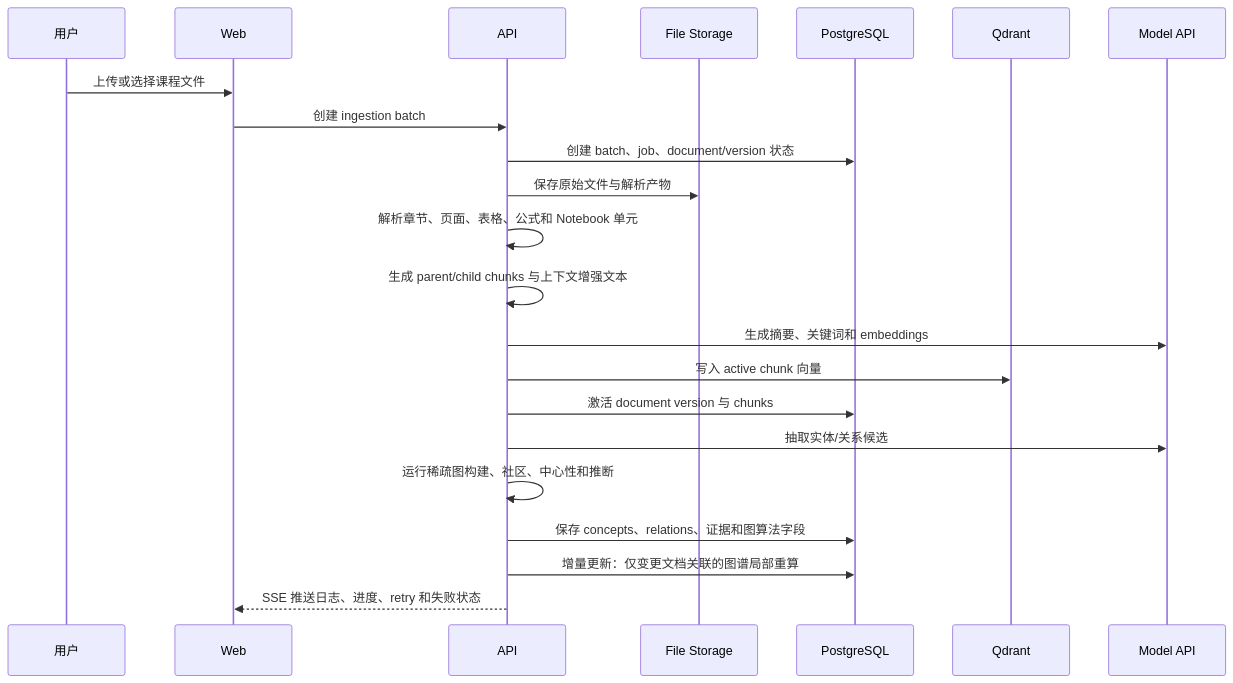
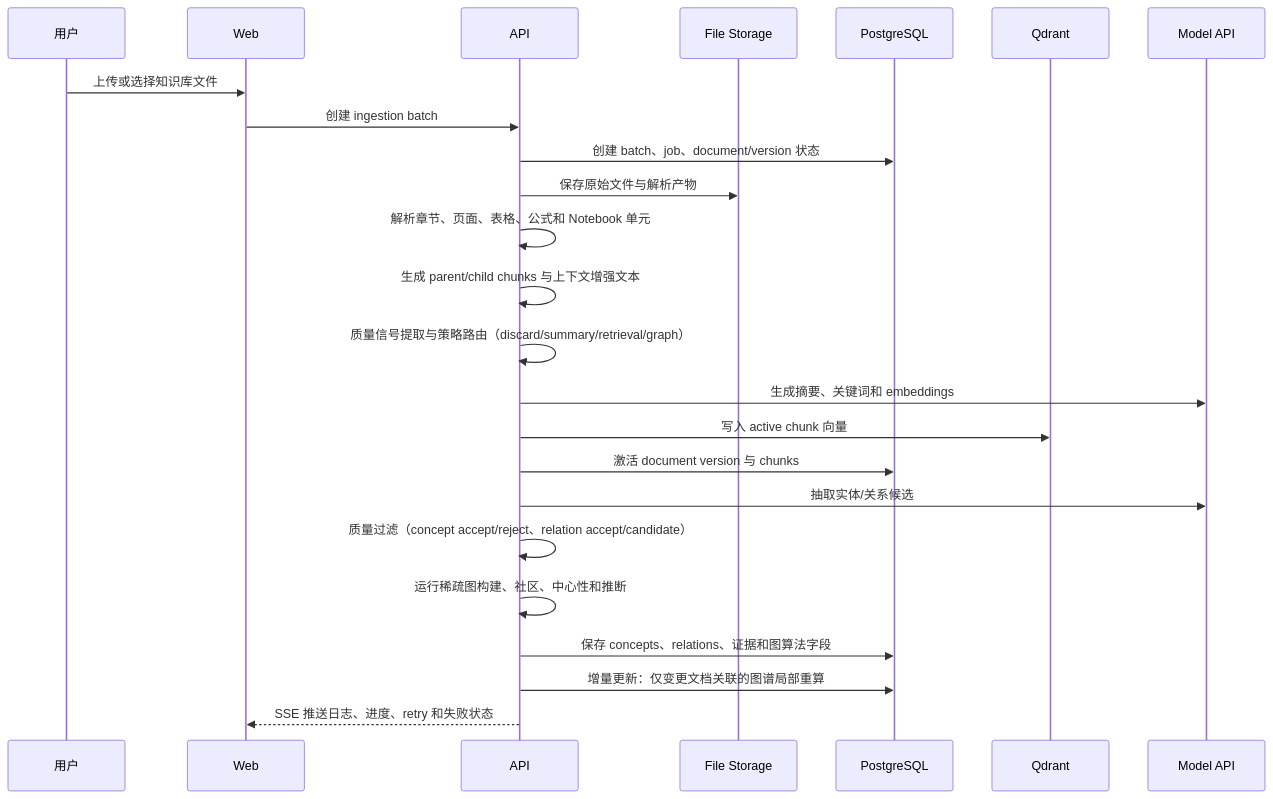
One commit to Sggggt/DialoGraph changed the second of 6 diagrams in README.md. Above: the diagram before and after it, drawn with Mermaid. The commit also changed other lines of this file and 61 other files, not shown here.

Commit message:
v5.0: 重构文件解析和图谱构建的质量系统，问答的Agent系统加强了evidence-first核心思想

````diff
--- a/README.md
+++ b/README.md
@@ -94,25 +100,27 @@
 ```mermaid
 sequenceDiagram
     participant 用户
     participant Web
     participant API
     participant 文件 as File Storage
     participant DB as PostgreSQL
     participant Vector as Qdrant
     participant Model as Model API
 
-    用户->>Web: 上传或选择课程文件
+    用户->>Web: 上传或选择知识库文件
     Web->>API: 创建 ingestion batch
     API->>DB: 创建 batch、job、document/version 状态
     API->>文件: 保存原始文件与解析产物
     API->>API: 解析章节、页面、表格、公式和 Notebook 单元
     API->>API: 生成 parent/child chunks 与上下文增强文本
+    API->>API: 质量信号提取与策略路由（discard/summary/retrieval/graph）
     API->>Model: 生成摘要、关键词和 embeddings
     API->>Vector: 写入 active chunk 向量
     API->>DB: 激活 document version 与 chunks
     API->>Model: 抽取实体/关系候选
+    API->>API: 质量过滤（concept accept/reject、relation accept/candidate）
     API->>API: 运行稀疏图构建、社区、中心性和推断
     API->>DB: 保存 concepts、relations、证据和图算法字段
     API->>DB: 增量更新：仅变更文档关联的图谱局部重算
     API-->>Web: SSE 推送日志、进度、retry 和失败状态
 ```
````
